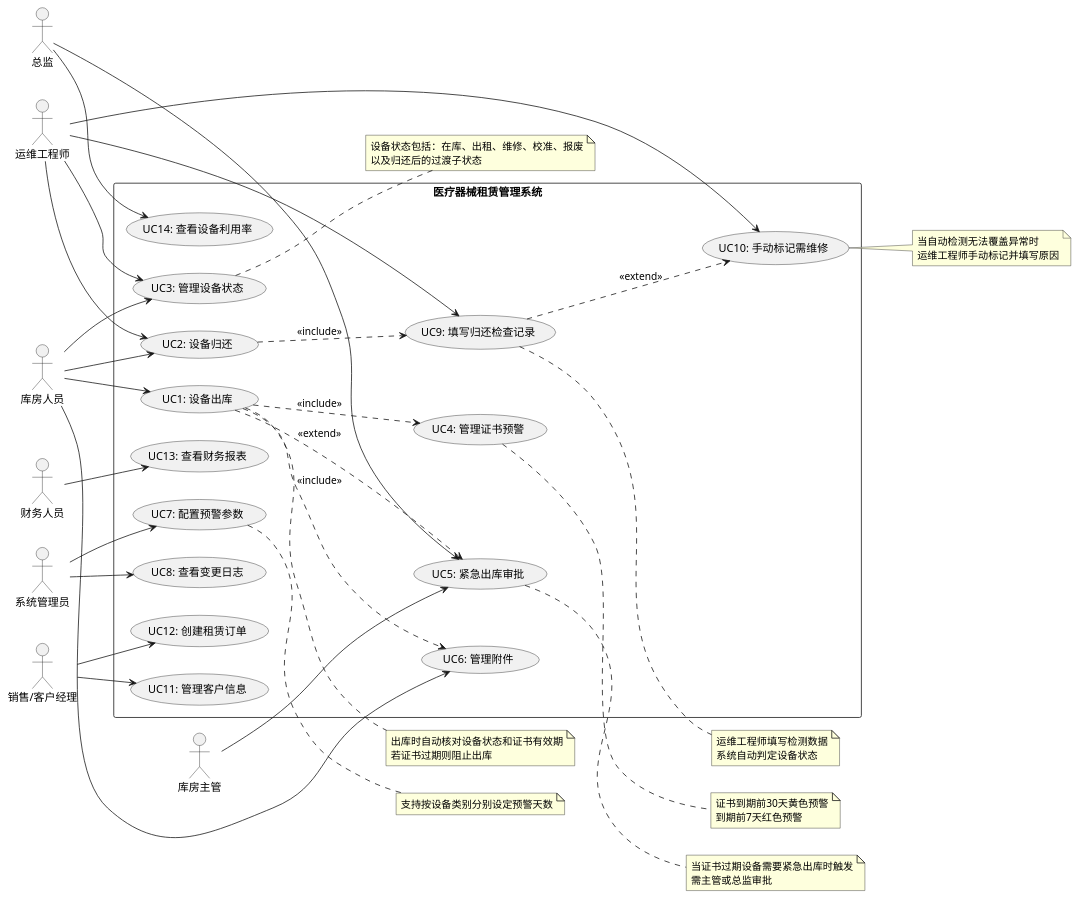
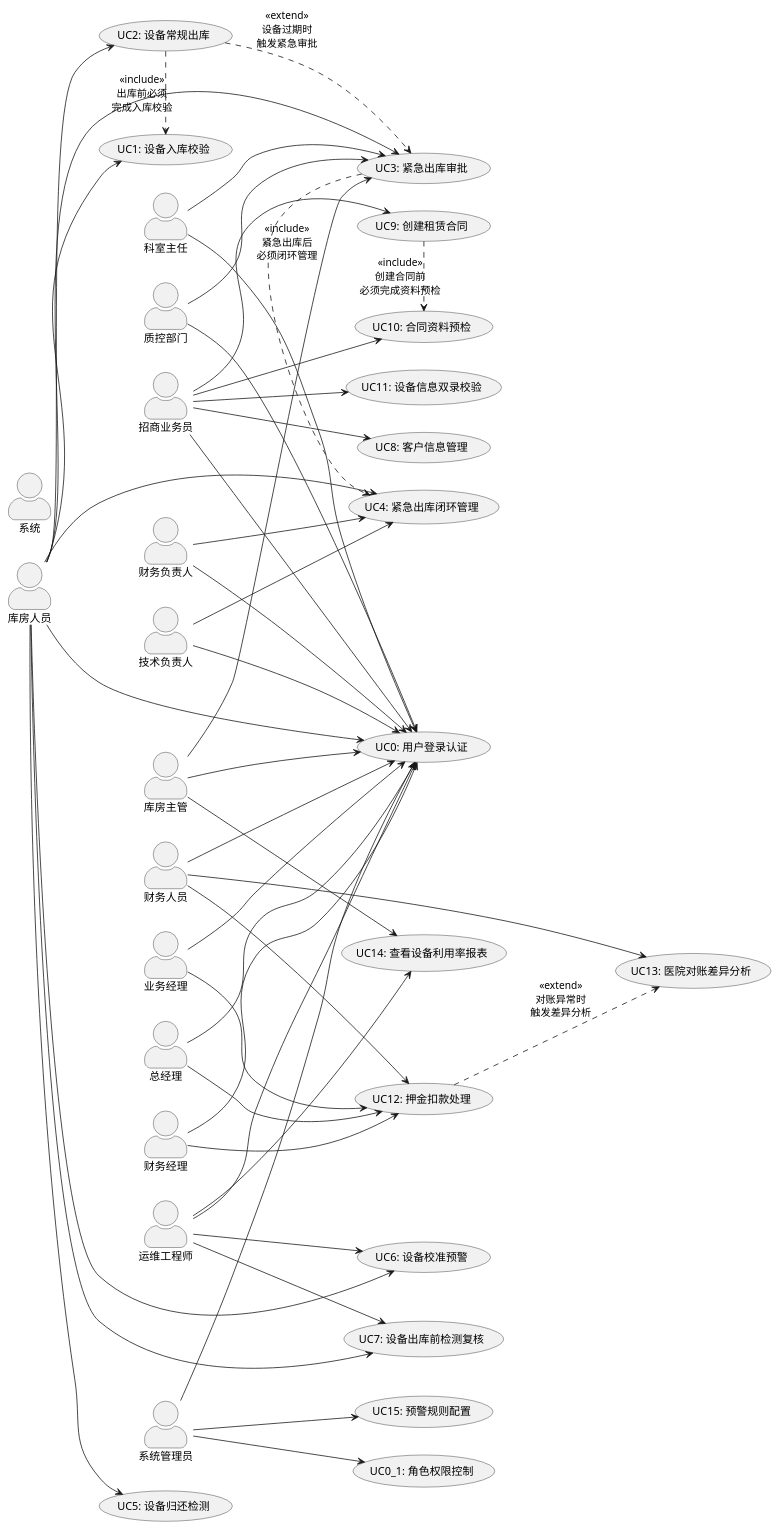
The second of 4 diagrams in .claude/knowledge-base/wiki/summaries/SRS-初稿-20260626-v2.md (JiangHuanzhen/medical-device-rental-system), drawn with PlantUML before and after one commit. The commit also changed other lines of this file and 223 other files, not shown here.

````diff
--- a/.claude/knowledge-base/wiki/summaries/SRS-初稿-20260626-v2.md
+++ b/.claude/knowledge-base/wiki/summaries/SRS-初稿-20260626-v2.md
@@ -621,64 +633,122 @@
 @startuml
 left to right direction
 skinparam packageStyle rectangle
+skinparam actorStyle awesome
+
+' ===== 第一步：Actor定义 =====
 actor "库房人员" as WH
+actor "招商业务员" as SALES
+actor "财务人员" as FIN
 actor "运维工程师" as OPS
+actor "系统" as SYS
+actor "科室主任" as DEPT_HEAD
+actor "库房主管" as WH_MGR
+actor "质控部门" as QC
+actor "财务负责人" as FIN_HEAD
+actor "技术负责人" as TECH_HEAD
+actor "业务经理" as BIZ_MGR
+actor "财务经理" as FIN_MGR
+actor "总经理" as GM
 actor "系统管理员" as ADMIN
-actor "库房主管" as WHM
-actor "总监" as DIR
-actor "销售/客户经理" as SALES
-actor "财务人员" as FIN
 
-rectangle "医疗器械租赁管理系统" {
-  usecase "UC1: 设备出库" as UC1
-  usecase "UC2: 设备归还" as UC2
-  usecase "UC3: 管理设备状态" as UC3
-  usecase "UC4: 管理证书预警" as UC4
-  usecase "UC5: 紧急出库审批" as UC5
-  usecase "UC6: 管理附件" as UC6
-  usecase "UC7: 配置预警参数" as UC7
-  usecase "UC8: 查看变更日志" as UC8
-  usecase "UC9: 填写归还检查记录" as UC9
-  usecase "UC10: 手动标记需维修" as UC10
-  usecase "UC11: 管理客户信息" as UC11
-  usecase "UC12: 创建租赁订单" as UC12
-  usecase "UC13: 查看财务报表" as UC13
-  usecase "UC14: 查看设备利用率" as UC14
-}
+' ===== 第二步：用例定义 =====
 
-' Actor 与用例关联
+' --- 用户认证用例 ---
+usecase (UC0: 用户登录认证) as UC0
+usecase (UC0_1: 角色权限控制) as UC0_1
+
+' --- 设备管理用例 ---
+usecase (UC1: 设备入库校验) as UC1
+usecase (UC2: 设备常规出库) as UC2
+usecase (UC3: 紧急出库审批) as UC3
+usecase (UC4: 紧急出库闭环管理) as UC4
+usecase (UC5: 设备归还检测) as UC5
+usecase (UC6: 设备校准预警) as UC6
+usecase (UC7: 设备出库前检测复核) as UC7
+
+' --- 客户管理用例 ---
+usecase (UC8: 客户信息管理) as UC8
+
+' --- 租赁订单用例 ---
+usecase (UC9: 创建租赁合同) as UC9
+usecase (UC10: 合同资料预检) as UC10
+usecase (UC11: 设备信息双录校验) as UC11
+
+' --- 费用结算用例 ---
+usecase (UC12: 押金扣款处理) as UC12
+usecase (UC13: 医院对账差异分析) as UC13
+
+' --- 数据统计用例 ---
+usecase (UC14: 查看设备利用率报表) as UC14
+
+' --- 系统配置用例 ---
+usecase (UC15: 预警规则配置) as UC15
+
+' ===== 第三步：Actor-UseCase关联 =====
+' 所有用户
+WH --> UC0
+SALES --> UC0
+FIN --> UC0
+OPS --> UC0
+DEPT_HEAD --> UC0
+WH_MGR --> UC0
+QC --> UC0
+FIN_HEAD --> UC0
+TECH_HEAD --> UC0
+BIZ_MGR --> UC0
+FIN_MGR --> UC0
+GM --> UC0
+ADMIN --> UC0
+ADMIN --> UC0_1
+
+' 设备管理
 WH --> UC1
 WH --> UC2
+WH --> UC3
+WH --> UC4
+WH --> UC5
 WH --> UC6
-OPS --> UC2
-OPS --> UC9
-OPS --> UC10
-WHM --> UC5
-DIR --> UC5
-ADMIN --> UC7
-ADMIN --> UC8
-WH --> UC3
-OPS --> UC3
+WH --> UC7
+OPS --> UC6
+OPS --> UC7
+DEPT_HEAD --> UC3
+WH_MGR --> UC3
+QC --> UC3
+FIN_HEAD --> UC4
+TECH_HEAD --> UC4
+
+' 客户管理
+SALES --> UC8
+
+' 租赁订单
+SALES --> UC9
+SALES --> UC10
 SALES --> UC11
-SALES --> UC12
+
+' 费用结算
+FIN --> UC12
 FIN --> UC13
-DIR --> UC14
+BIZ_MGR --> UC12
+FIN_MGR --> UC12
+GM --> UC12
 
-' include 关系
-UC1 ..> UC6 : <<include>>
-UC1 ..> UC4 : <<include>>
-UC2 ..> UC9 : <<include>>
+' 数据统计
+WH_MGR --> UC14
+OPS --> UC14
 
-' extend 关系
-UC1 ..> UC5 : <<extend>>
-UC9 ..> UC10 : <<extend>>
+' 系统配置
+ADMIN --> UC15
 
-note right of UC1 : 出库时自动核对设备状态和证书有效期\n若证书过期则阻止出库
-note right of UC5 : 当证书过期设备需要紧急出库时触发\n需主管或总监审批
-note right of UC9 : 运维工程师填写检测数据\n系统自动判定设备状态
-note right of UC10 : 当自动检测无法覆盖异常时\n运维工程师手动标记并填写原因
-note right of UC4 : 证书到期前30天黄色预警\n到期前7天红色预警
-note right of UC7 : 支持按设备类别分别设定预警天数
-note right of UC3 : 设备状态包括：在库、出租、维修、校准、报废\n以及归还后的过渡子状态
+' ===== 第四步：关系定义 =====
+
+' --- include关系 ---
+UC2 .> UC1 : <<include>>\n出库前必须\n完成入库校验
+UC9 .> UC10 : <<include>>\n创建合同前\n必须完成资料预检
+UC3 .> UC4 : <<include>>\n紧急出库后\n必须闭环管理
+
+' --- extend关系 ---
+UC2 ..> UC3 : <<extend>>\n设备过期时\n触发紧急审批
+UC12 ..> UC13 : <<extend>>\n对账异常时\n触发差异分析
+
 @enduml
 ```
````
